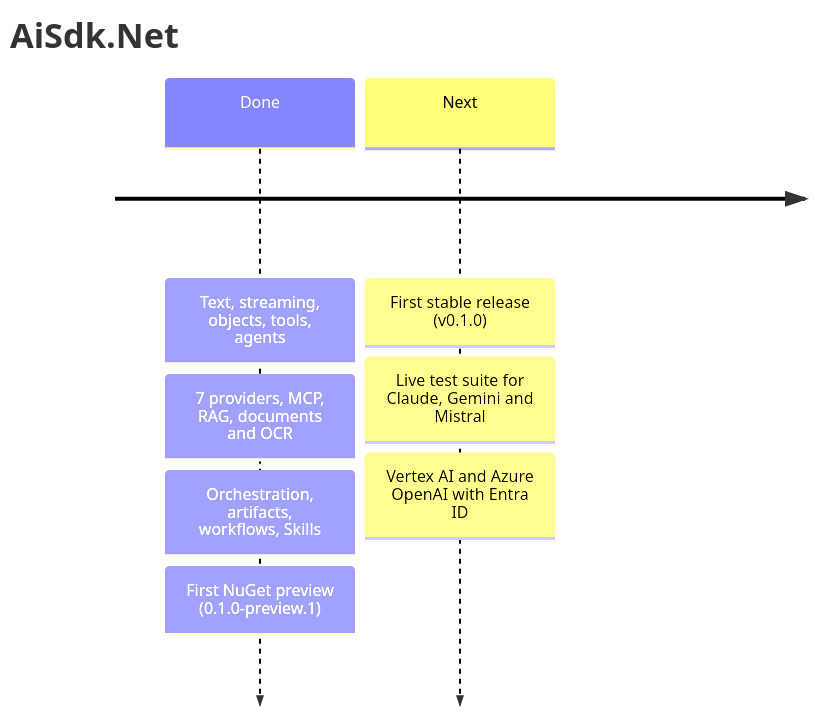
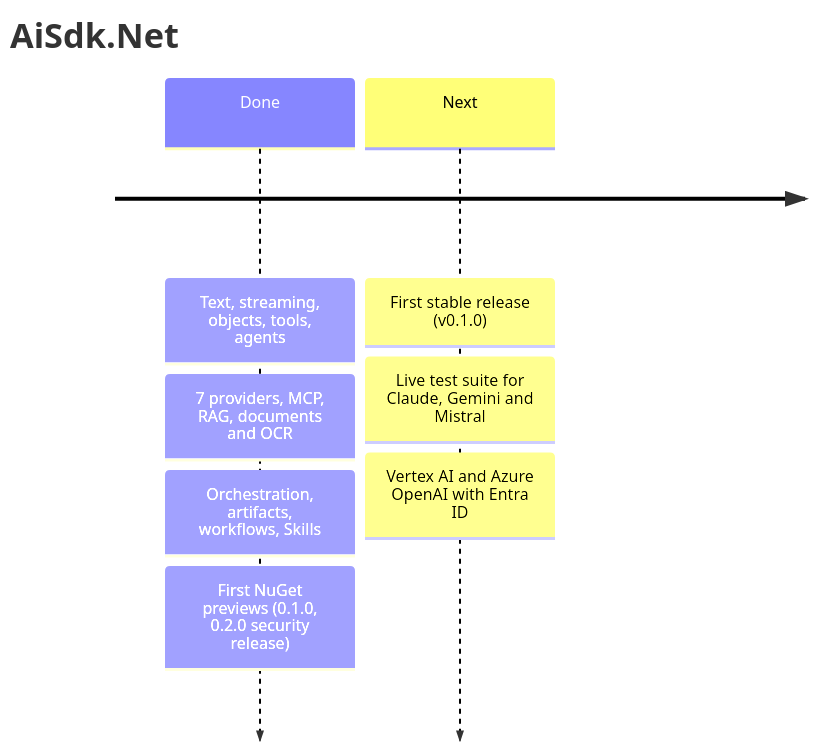
The diagram in README.md (bluesmilecl/AiSdk.Net), drawn with Mermaid before and after one commit. The commit also changed other lines of this file and 9 other files, not shown here.

````diff
--- a/README.md
+++ b/README.md
@@ -174,11 +174,11 @@
 ```mermaid
 timeline
     title AiSdk.Net
     Done : Text, streaming, objects, tools, agents
          : 7 providers, MCP, RAG, documents and OCR
          : Orchestration, artifacts, workflows, Skills
-         : First NuGet preview (0.1.0-preview.1)
+         : First NuGet previews (0.1.0, 0.2.0 security release)
     Next : First stable release (v0.1.0)
          : Live test suite for Claude, Gemini and Mistral
          : Vertex AI and Azure OpenAI with Entra ID
 ```
````
